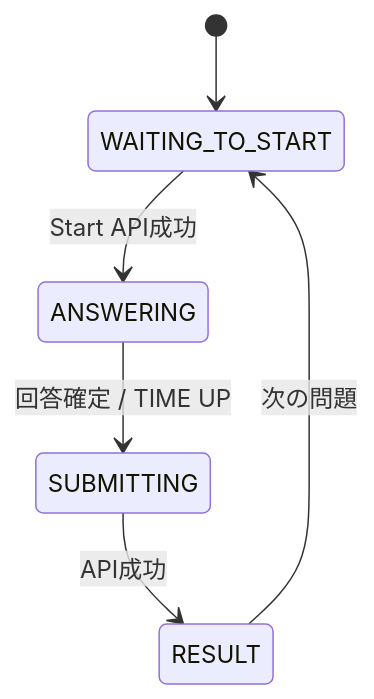
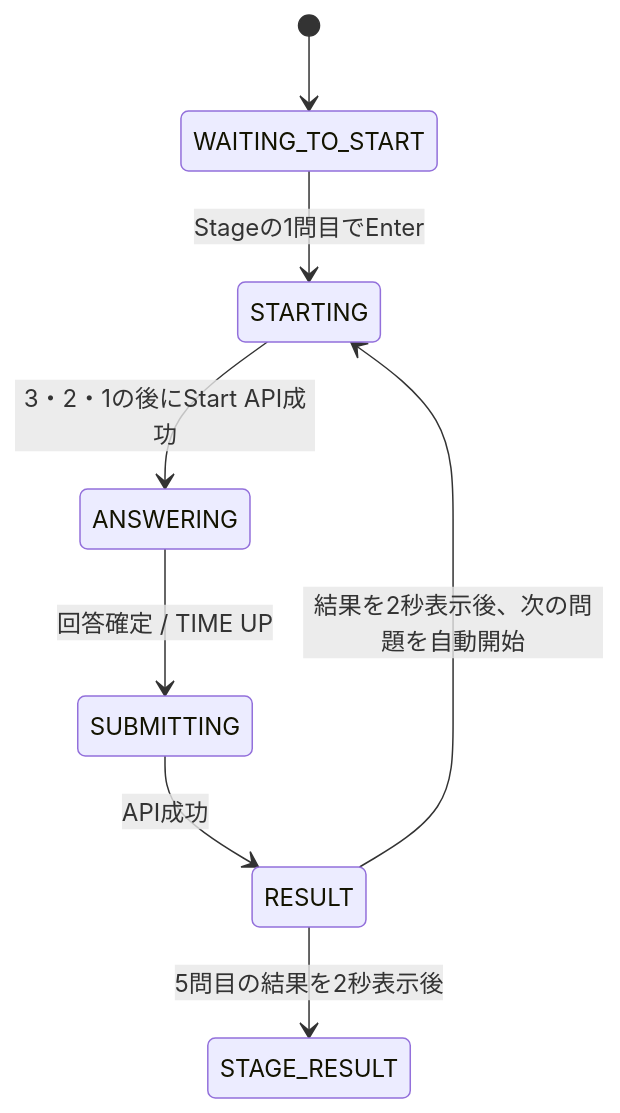
Before and after one commit to suu-dev-0203/graduation_JAVAgame: diagram 11 of 29 in README.md, drawn with Mermaid. The commit also changed other lines of this file and 4 other files, not shown here.

````diff
--- a/README.md
+++ b/README.md
@@ -631,8 +633,10 @@
 ```mermaid
 stateDiagram-v2
     [*] --> WAITING_TO_START
-    WAITING_TO_START --> ANSWERING: Start API成功
+    WAITING_TO_START --> STARTING: Stageの1問目でEnter
+    STARTING --> ANSWERING: 3・2・1の後にStart API成功
     ANSWERING --> SUBMITTING: 回答確定 / TIME UP
     SUBMITTING --> RESULT: API成功
-    RESULT --> WAITING_TO_START: 次の問題
+    RESULT --> STARTING: 結果を2秒表示後、次の問題を自動開始
+    RESULT --> STAGE_RESULT: 5問目の結果を2秒表示後
 ```
````
